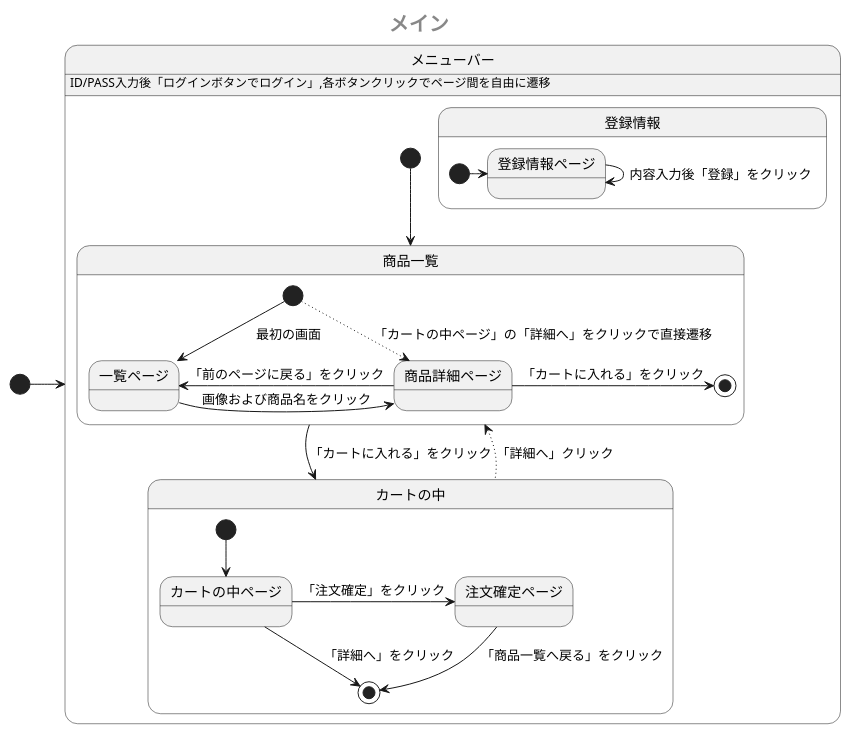
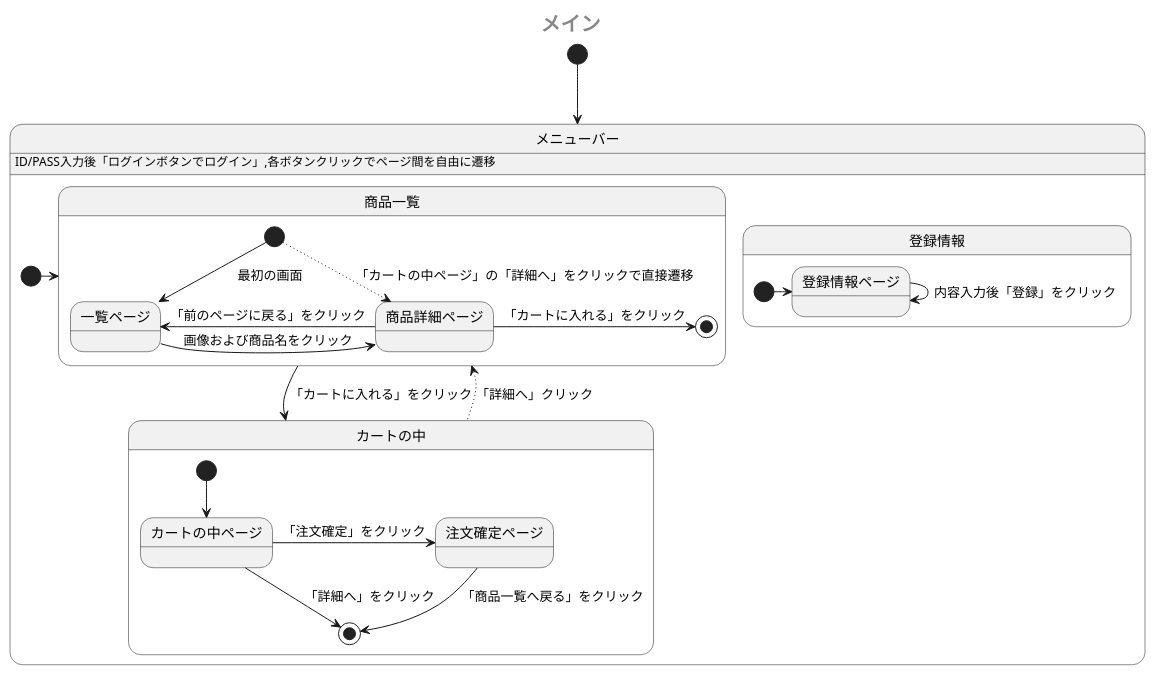
Before and after one commit to Aso2001385/2021sys-design: the first of 2 diagrams in sample/StateMachine.md, drawn with PlantUML.

````diff
--- a/sample/StateMachine.md
+++ b/sample/StateMachine.md
@@ -1,32 +1,32 @@
 ```uml
 @startuml
  center header <size:20><b>メイン</b></size>
- [*] -> メニューバー
+ [*] --> メニューバー
  state メニューバー {
    メニューバー: ID/PASS入力後「ログインボタンでログイン」,各ボタンクリックでページ間を自由に遷移
-   [*] --> 商品一覧
+   [*] -> 商品一覧
    state 商品一覧 {
     [*] --> 一覧ページ:　最初の画面
     [*] -[dotted]-> 商品詳細ページ: 「カートの中ページ」の「詳細へ」をクリックで直接遷移
     一覧ページ -right-> 商品詳細ページ: 画像および商品名をクリック
     商品詳細ページ -left-> 一覧ページ: 「前のページに戻る」をクリック
     商品詳細ページ -right-> [*]: 「カートに入れる」をクリック
     
    }
    商品一覧 -down-> カートの中:「カートに入れる」をクリック
    state カートの中 {
     [*] --> カートの中ページ
     カートの中ページ --> [*]:「詳細へ」をクリック
     カートの中ページ -> 注文確定ページ:「注文確定」をクリック 
     注文確定ページ --> [*]: 「商品一覧へ戻る」をクリック
    }
    カートの中 -up[dotted]-> 商品一覧:「詳細へ」クリック
    state 登録情報{
     [*] -> 登録情報ページ
     登録情報ページ -down> 登録情報ページ:内容入力後「登録」をクリック
    }
    
  }
  
 @enduml
 ```
````
